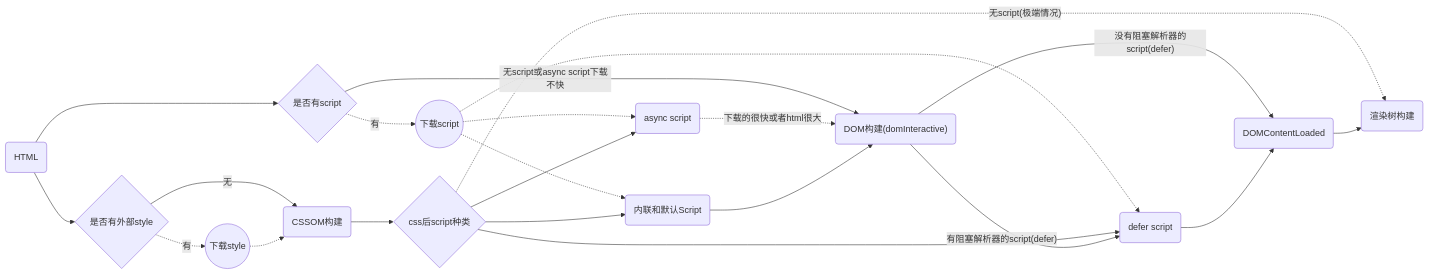
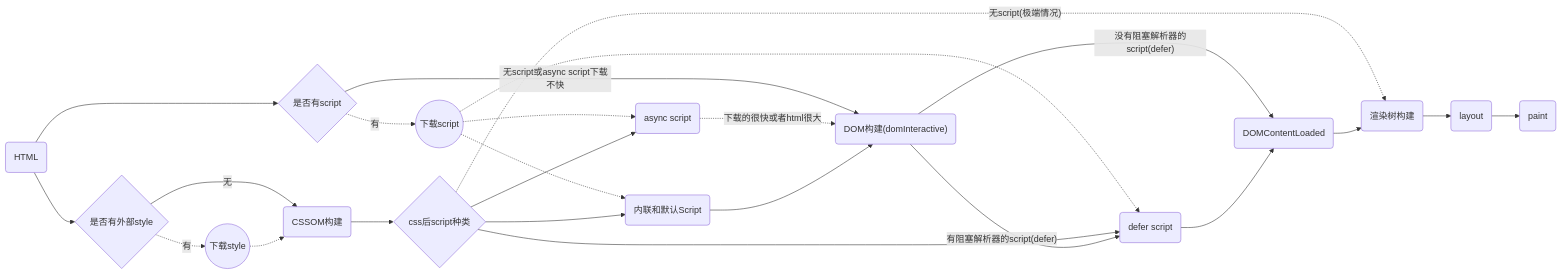
Before and after one commit to pbdm/posts: the diagram in 2015-12-21-Load.md, drawn with Mermaid. The commit also changed other lines of this file and 12 other files, not shown here.

````diff
--- a/2015-12-21-Load.md
+++ b/2015-12-21-Load.md
@@ -105,37 +118,41 @@
 ```mermaid
 graph LR
 a{是否有script}
 c{是否有外部style}
 b{css后script种类}
 B(HTML)
 J("CSSOM构建")
 C(内联和默认Script)
 A((下载style))
 D((下载script))
 E("defer script")
 F("async script")
 G(DOMContentLoaded)
 I("DOM构建(domInteractive)")
 K(渲染树构建)
+L(layout)
+M(paint)
 a -.有.-> D
 B --> c
 c -.有.-> A
 c --无--> J
 A .-> J
 B --> a
 D .-> C
 D .-> E
 D .-> F
 a --无script或async script下载不快--> I
 J --> b
 b --> F
 b --> C
 b --> E
 b -."无script(极端情况)".-> K
 I --"有阻塞解析器的script(defer)"--> E
 I --"没有阻塞解析器的script(defer)"--> G
 E --> G
 F -.下载的很快或者html很大.-> I
 G --> K
 C --> I
+K --> L
+L --> M
 ```
````
